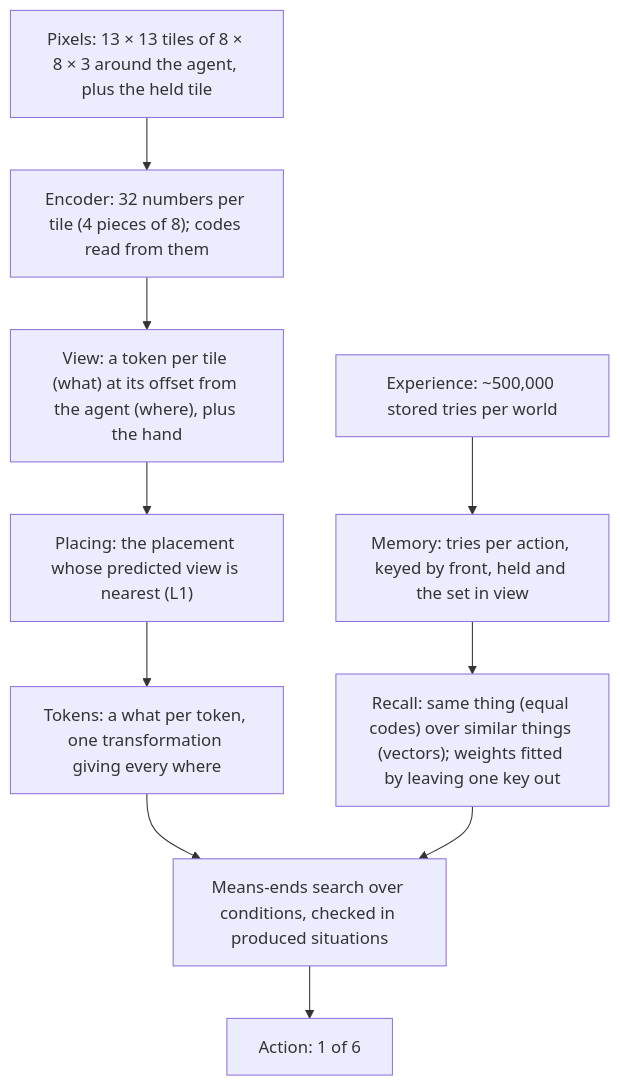
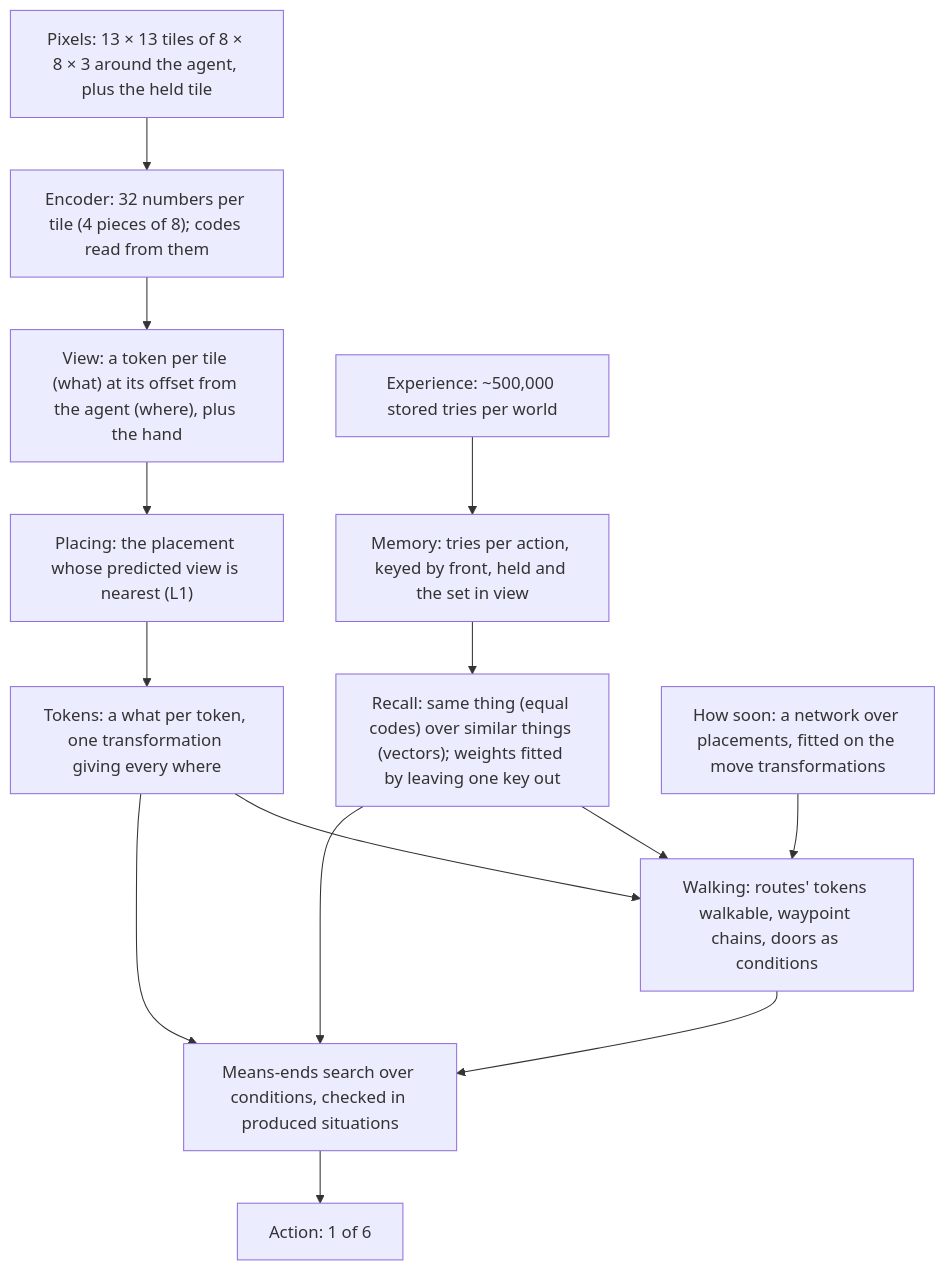
One commit to alfredricker/world-model changed the diagram in ARCHITECTURE.md. Above: the diagram before and after it, drawn with Mermaid. The commit also changed other lines of this file and 12 other files, not shown here.

````diff
--- a/ARCHITECTURE.md
+++ b/ARCHITECTURE.md
@@ -87,12 +105,16 @@
 ```mermaid
 flowchart TD
     P["Pixels: 13 × 13 tiles of 8 × 8 × 3 around the agent, plus the held tile"] --> E["Encoder: 32 numbers per tile (4 pieces of 8); codes read from them"]
     E --> V["View: a token per tile (what) at its offset from the agent (where), plus the hand"]
     X["Experience: ~500,000 stored tries per world"] --> M["Memory: tries per action, keyed by front, held and the set in view"]
     M --> R["Recall: same thing (equal codes) over similar things (vectors); weights fitted by leaving one key out"]
     V --> O["Placing: the placement whose predicted view is nearest (L1)"]
     O --> FA["Tokens: a what per token, one transformation giving every where"]
     FA --> S["Means-ends search over conditions, checked in produced situations"]
     R --> S
+    Q["How soon: a network over placements, fitted on the move transformations"] --> WK["Walking: routes' tokens walkable, waypoint chains, doors as conditions"]
+    FA --> WK
+    R --> WK
+    WK --> S
     S --> A["Action: 1 of 6"]
 ```
````
